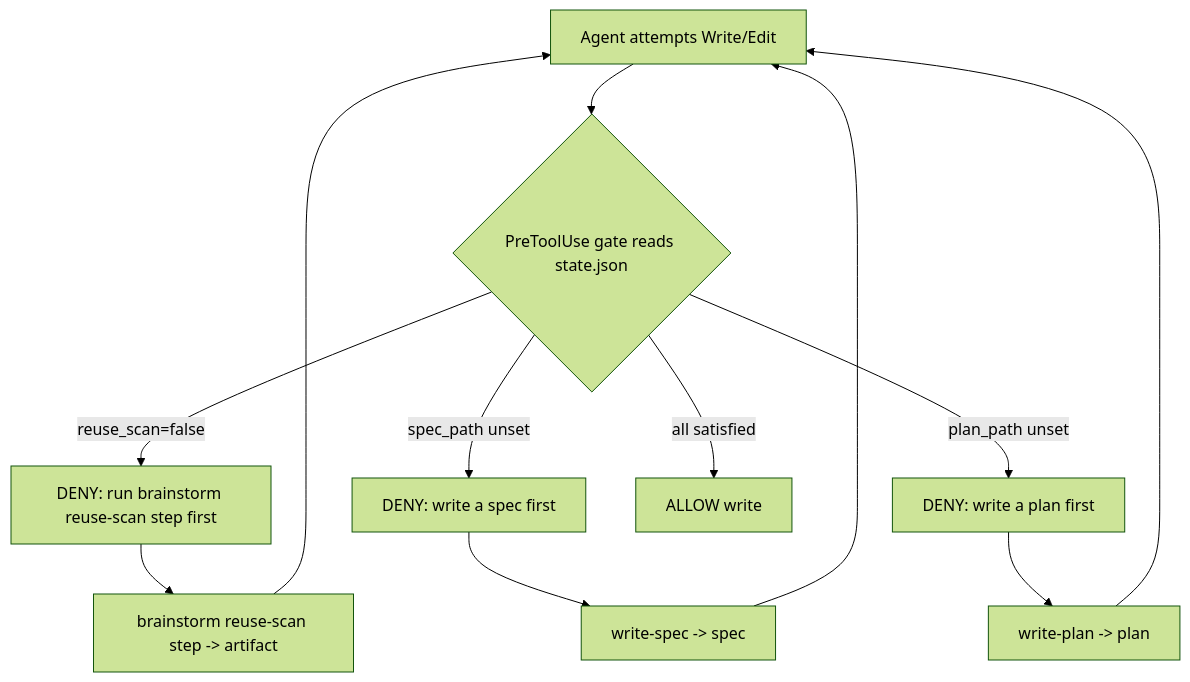
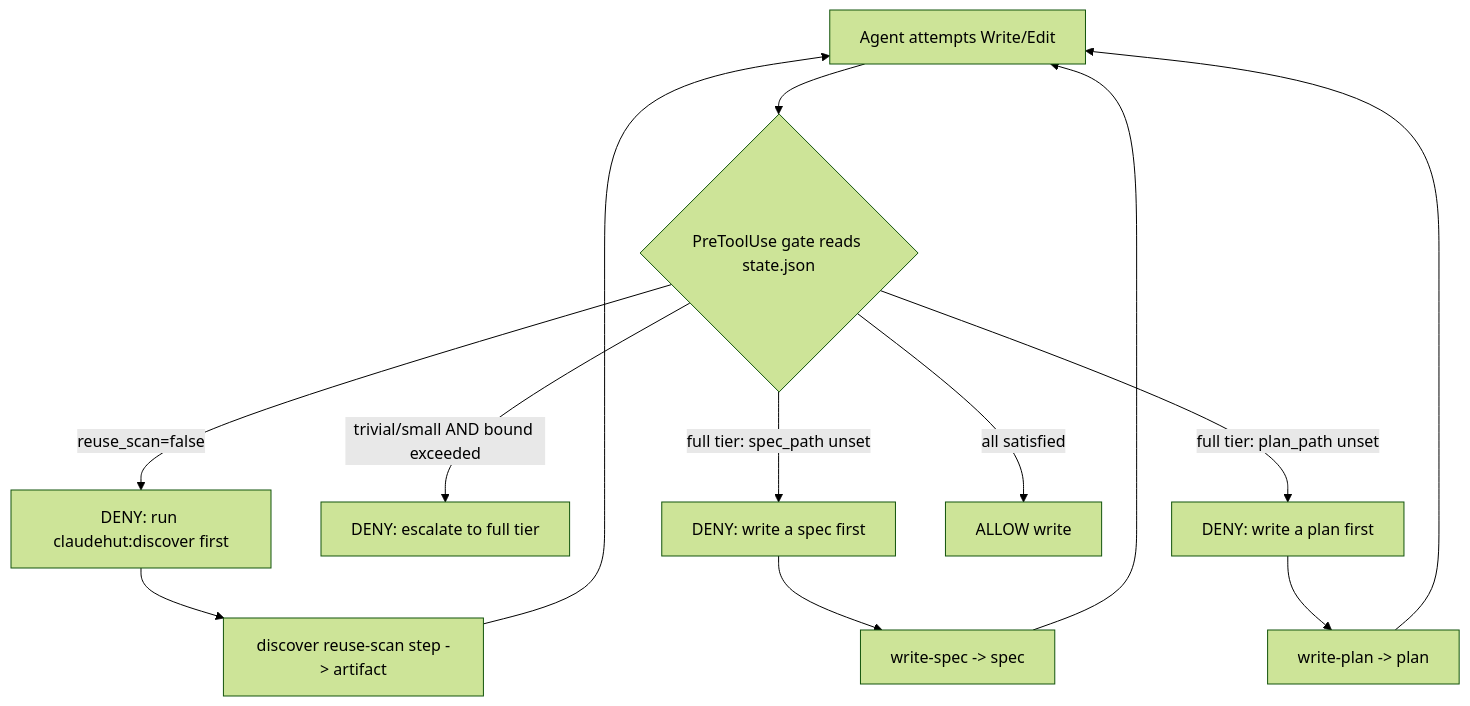
One commit to taipt1504/claudehut changed the sixth of 6 diagrams in .claude/docs/design/01-agentic-workflow.md. Above: the diagram before and after it, drawn with Mermaid (forest theme). The commit also changed other lines of this file and 32 other files, not shown here.

````diff
--- a/.claude/docs/design/01-agentic-workflow.md
+++ b/.claude/docs/design/01-agentic-workflow.md
@@ -388,11 +407,12 @@
 ```mermaid
 flowchart TD
     A[Agent attempts Write/Edit] --> G{PreToolUse gate reads state.json}
-    G -->|reuse_scan=false| D1[DENY: run brainstorm reuse-scan step first]
-    G -->|spec_path unset| D2[DENY: write a spec first]
-    G -->|plan_path unset| D3[DENY: write a plan first]
+    G -->|reuse_scan=false| D1[DENY: run claudehut:discover first]
+    G -->|trivial/small AND bound exceeded| D4[DENY: escalate to full tier]
+    G -->|full tier: spec_path unset| D2[DENY: write a spec first]
+    G -->|full tier: plan_path unset| D3[DENY: write a plan first]
     G -->|all satisfied| OK[ALLOW write]
-    D1 --> RC[brainstorm reuse-scan step -> artifact] --> A
+    D1 --> RC[discover reuse-scan step -> artifact] --> A
     D2 --> WS[write-spec -> spec] --> A
     D3 --> WP[write-plan -> plan] --> A
 ```
````
